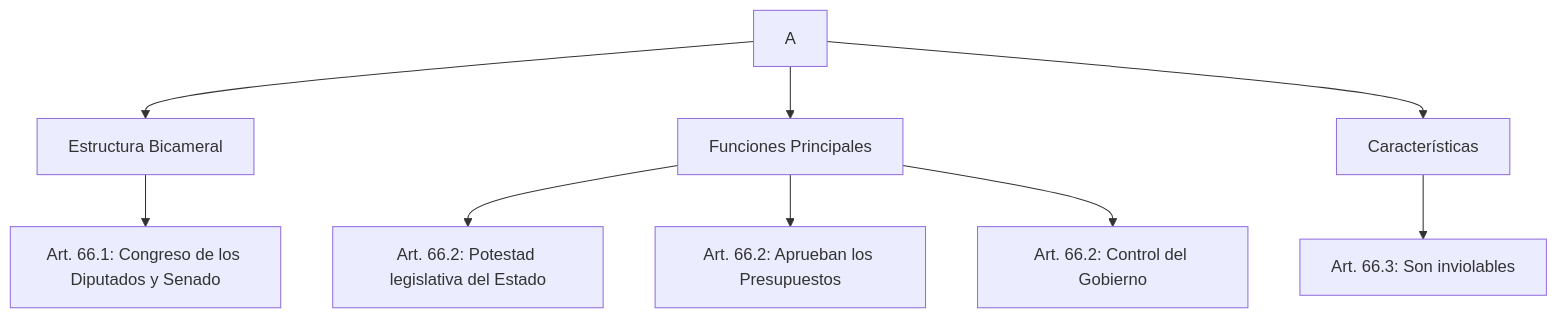
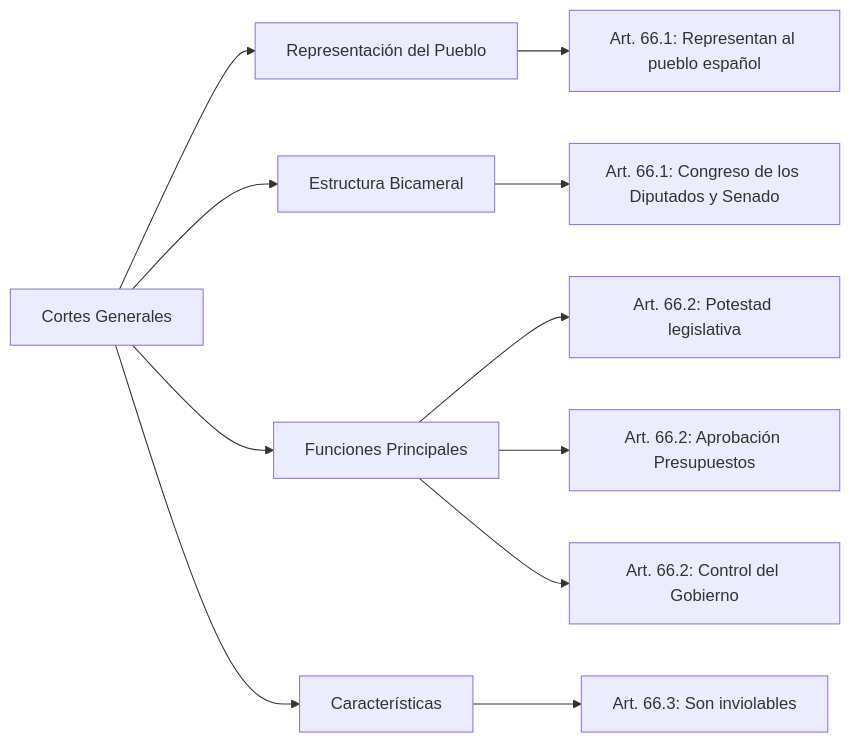
One commit to Arxon-dev/opomelilla changed the diagram in src/site/notes/OpoMelilla/BLOQUE 1/Tema 1. Constitución. Organización política y territorial del Estado..md. Above: the diagram before and after it, drawn with Mermaid.

Commit message:
Update content src/site/notes/OpoMelilla/BLOQUE 1/Tema 1. Constitución. Organización política y territorial del Estado..md

````diff
--- a/src/site/notes/OpoMelilla/BLOQUE 1/Tema 1. Constitución. Organización política y territorial del Estado..md
+++ b/src/site/notes/OpoMelilla/BLOQUE 1/Tema 1. Constitución. Organización política y territorial del Estado..md
@@ -27,13 +27,16 @@
 ```mermaid
-graph TD
-A --> C[Estructura Bicameral]
-C --> C1[Art. 66.1: Congreso de los Diputados y Senado]
-
-A --> D[Funciones Principales]
-D --> D1[Art. 66.2: Potestad legislativa del Estado]
-D --> D2[Art. 66.2: Aprueban los Presupuestos]
-D --> D3[Art. 66.2: Control del Gobierno]
-
-A --> E[Características]
-E --> E1[Art. 66.3: Son inviolables]
+graph LR
+    A[Cortes Generales] --> B[Representación del Pueblo]
+    B --> B1[Art. 66.1: Representan al pueblo español]
+    
+    A --> C[Estructura Bicameral]
+    C --> C1[Art. 66.1: Congreso de los Diputados y Senado]
+    
+    A --> D[Funciones Principales]
+    D --> D1[Art. 66.2: Potestad legislativa]
+    D --> D2[Art. 66.2: Aprobación Presupuestos]
+    D --> D3[Art. 66.2: Control del Gobierno]
+    
+    A --> E[Características]
+    E --> E1[Art. 66.3: Son inviolables]
 ```
````
